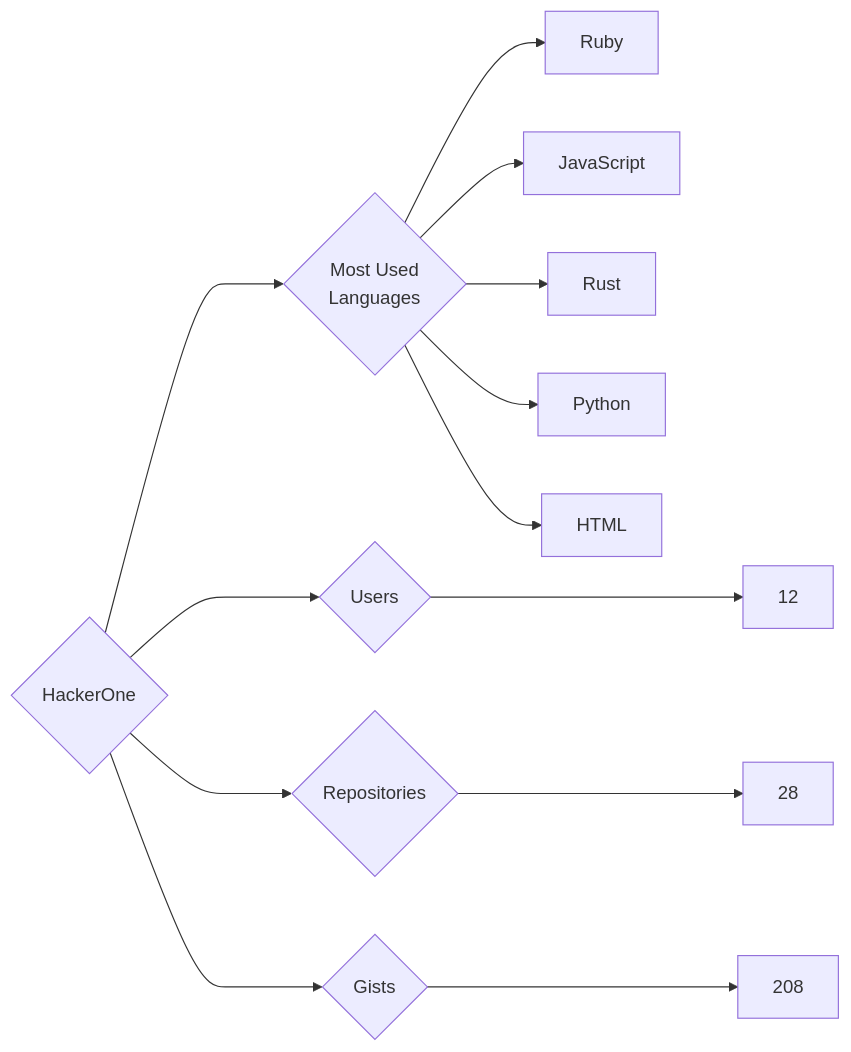
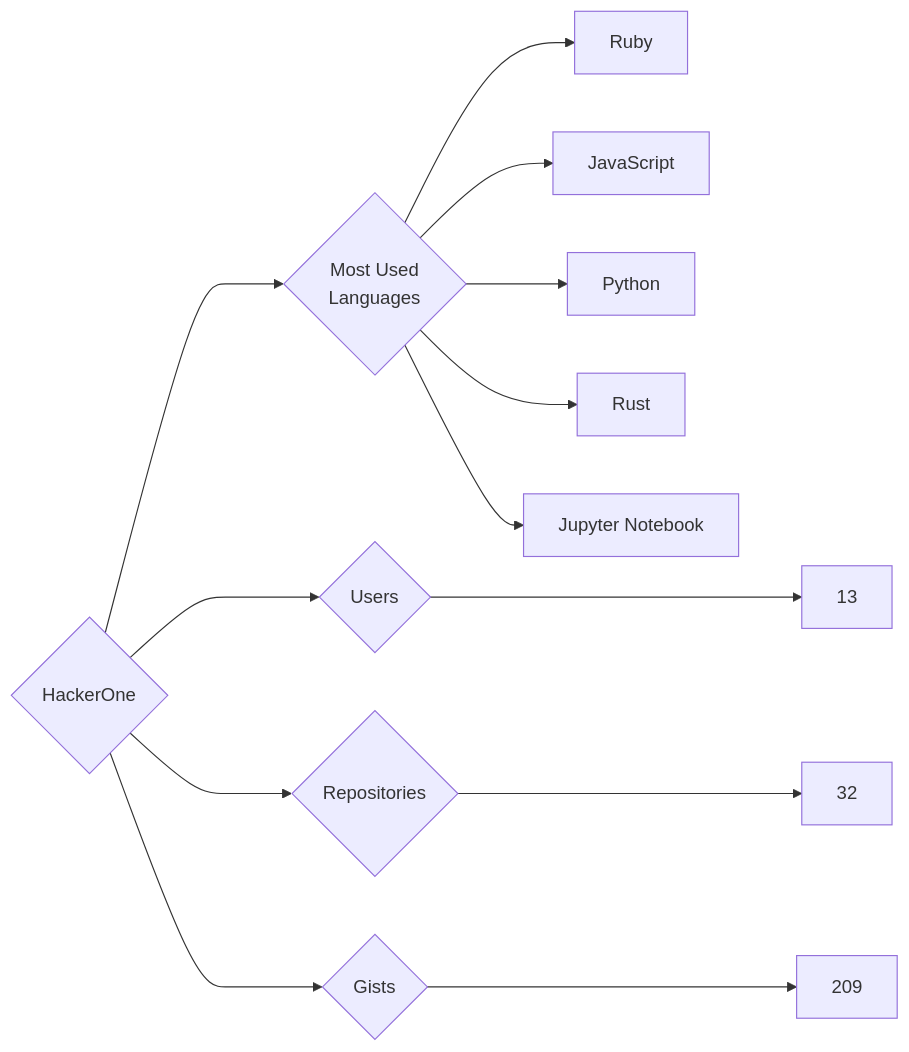
The diagram in targets/HackerOne/README.md (trickest/insiders), drawn with Mermaid before and after one commit. The commit also changed 1120 other files, not shown here.

````diff
--- a/targets/HackerOne/README.md
+++ b/targets/HackerOne/README.md
@@ -3,13 +3,13 @@
 ```mermaid
 graph LR
 COMPANY_NAME{HackerOne}
-COMPANY_NAME ---> U{Users} ---> UN[12]
-COMPANY_NAME ---> R{Repositories} ---> RN[28]
-COMPANY_NAME ---> G{Gists} ---> GN[208]
+COMPANY_NAME ---> U{Users} ---> UN[13]
+COMPANY_NAME ---> R{Repositories} ---> RN[32]
+COMPANY_NAME ---> G{Gists} ---> GN[209]
 COMPANY_NAME ---> ML{Most Used<br>Languages}
 ML --> Ruby[Ruby]
 ML --> JavaScript[JavaScript]
+ML --> Python[Python]
 ML --> Rust[Rust]
-ML --> Python[Python]
-ML --> HTML[HTML]
+ML --> Jupyter_Notebook[Jupyter Notebook]
 ```
````
